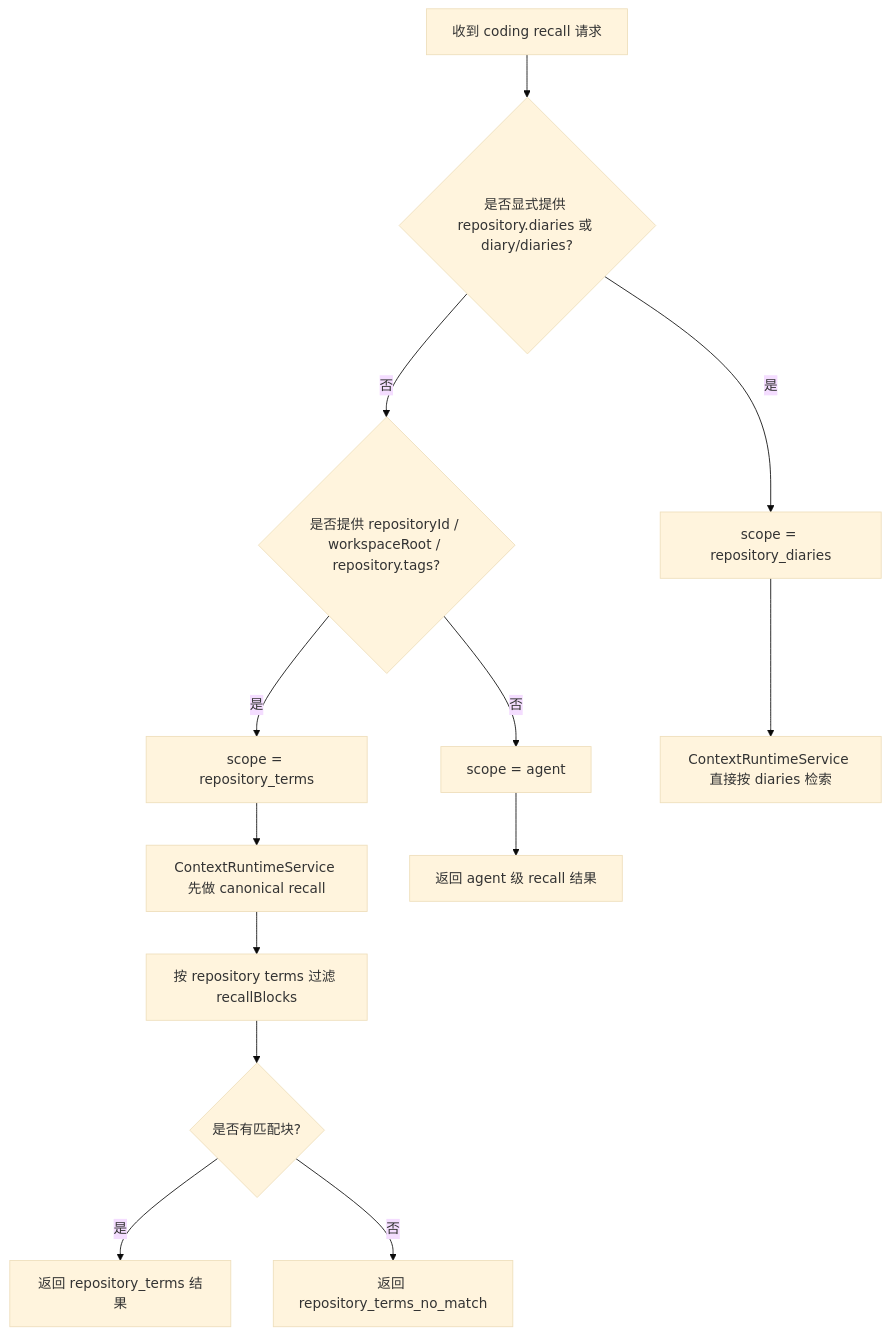
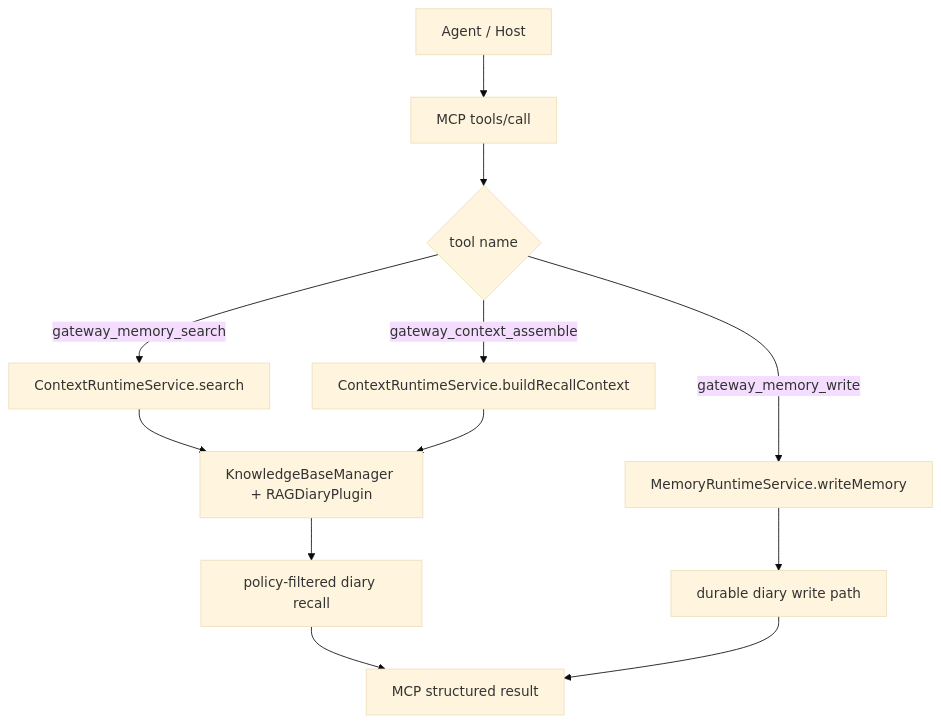
The second of 2 diagrams in mydoc/export/mcp/mcp-coding-recall-rag-flow.md (Atarasin/VCPToolBox), drawn with Mermaid (base theme) before and after one commit. The commit also changed other lines of this file and 27 other files, not shown here.

First line of the commit message:
feat(agent-gateway): 移除 coding 专用能力并引入 MCP 代理记忆策略

````diff
--- a/mydoc/export/mcp/mcp-coding-recall-rag-flow.md
+++ b/mydoc/export/mcp/mcp-coding-recall-rag-flow.md
@@ -342,16 +66,14 @@
 ```mermaid
 flowchart TD
-    A[收到 coding recall 请求] --> B{是否显式提供 repository.diaries 或 diary/diaries?}
-    B -- 是 --> C[scope = repository_diaries]
-    B -- 否 --> D{是否提供 repositoryId / workspaceRoot / repository.tags?}
-    D -- 是 --> E[scope = repository_terms]
-    D -- 否 --> F[scope = agent]
-
-    C --> G[ContextRuntimeService 直接按 diaries 检索]
-    E --> H[ContextRuntimeService 先做 canonical recall]
-    H --> I[按 repository terms 过滤 recallBlocks]
-    I --> J{是否有匹配块?}
-    J -- 是 --> K[返回 repository_terms 结果]
-    J -- 否 --> L[返回 repository_terms_no_match]
-    F --> M[返回 agent 级 recall 结果]
+    A[Agent / Host] --> B[MCP tools/call]
+    B --> C{tool name}
+    C -- gateway_memory_search --> D[ContextRuntimeService.search]
+    C -- gateway_context_assemble --> E[ContextRuntimeService.buildRecallContext]
+    C -- gateway_memory_write --> F[MemoryRuntimeService.writeMemory]
+    D --> G[KnowledgeBaseManager + RAGDiaryPlugin]
+    E --> G
+    G --> H[policy-filtered diary recall]
+    F --> I[durable diary write path]
+    H --> J[MCP structured result]
+    I --> J
 ```
````
